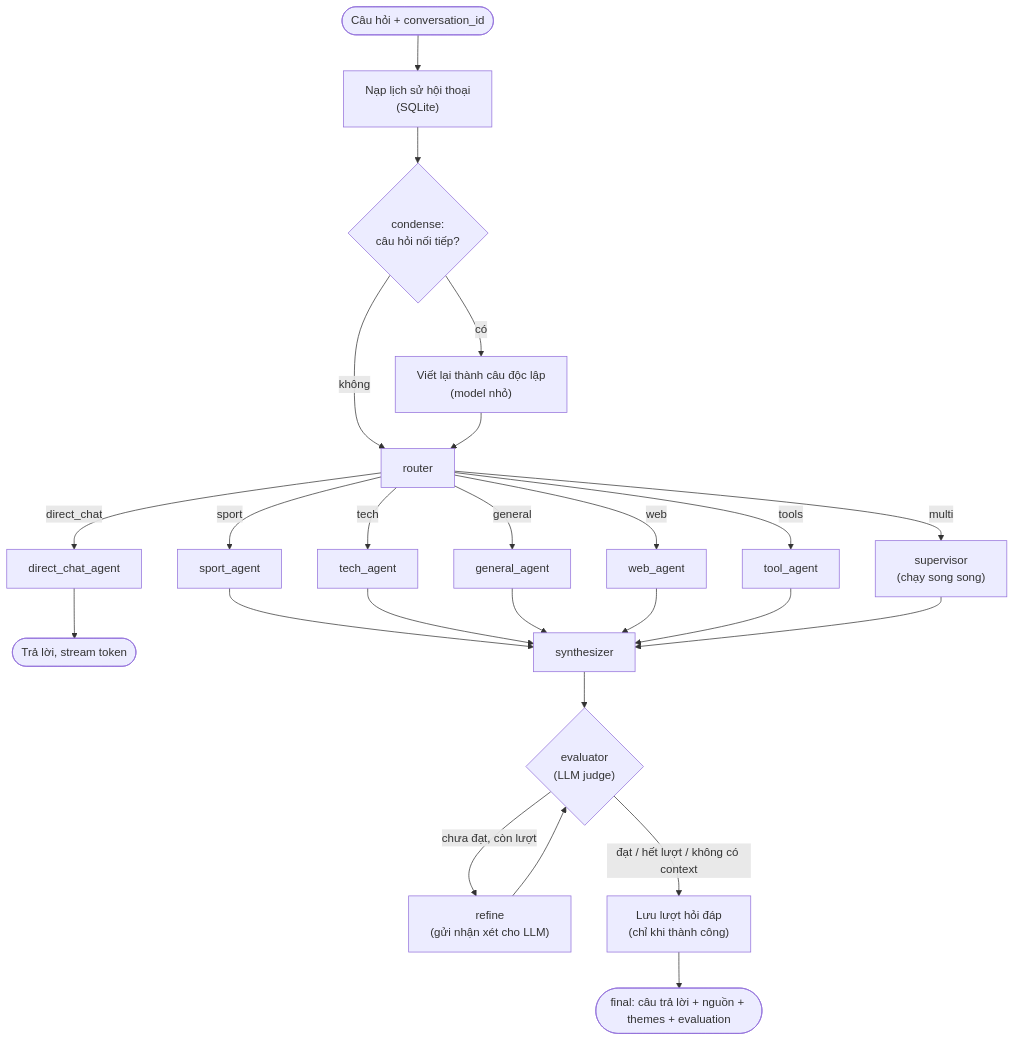
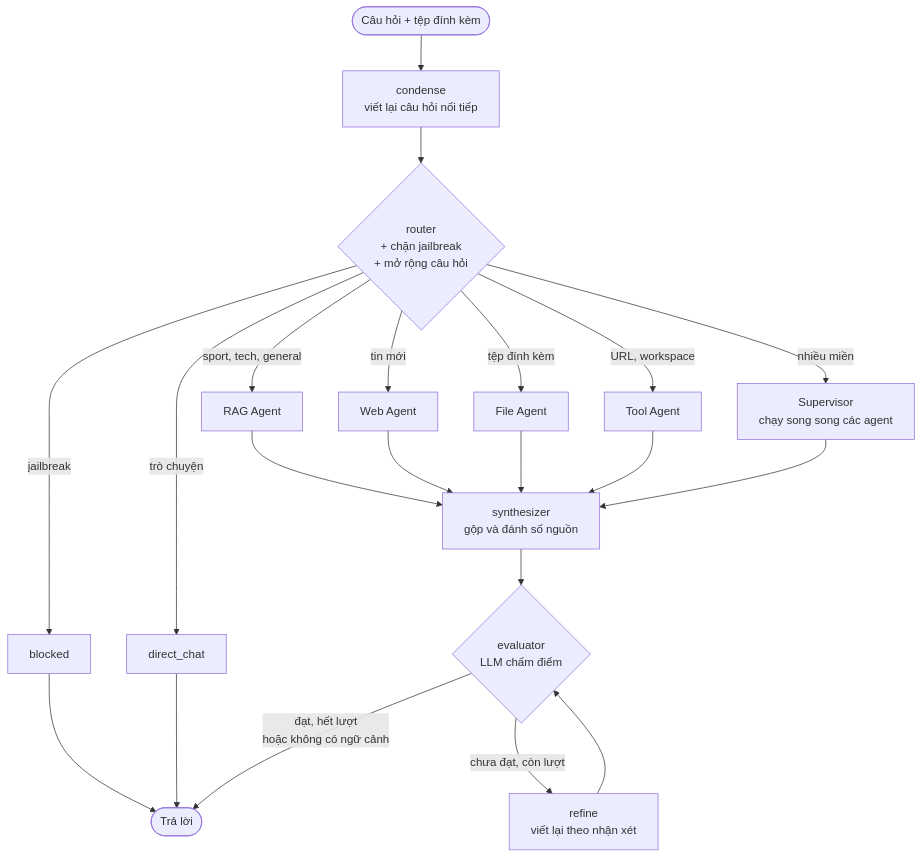
The second of 2 diagrams in README.md (hbkhanh22/Multi-RAG-Agent), drawn with Mermaid before and after one commit. The commit also changed other lines of this file and 87 other files, not shown here.

````diff
--- a/README.md
+++ b/README.md
@@ -102,21 +81,23 @@
 ```mermaid
 flowchart TD
-    START(["Câu hỏi + conversation_id"]) --> HIS["Nạp lịch sử hội thoại<br/>(SQLite)"]
-    HIS --> CON{"condense:<br/>câu hỏi nối tiếp?"}
-    CON -->|"có"| RW["Viết lại thành câu độc lập<br/>(model nhỏ)"]
-    CON -->|"không"| RT
-    RW --> RT["router"]
-    RT -->|"direct_chat"| DC["direct_chat_agent"] --> END1(["Trả lời, stream token"])
-    RT -->|"sport"| SP["sport_agent"]
-    RT -->|"tech"| TE["tech_agent"]
-    RT -->|"general"| GE["general_agent"]
-    RT -->|"web"| WE["web_agent"]
-    RT -->|"tools"| TO["tool_agent"]
-    RT -->|"multi"| SV["supervisor<br/>(chạy song song)"]
-    SP & TE & GE & WE & TO & SV --> SY["synthesizer"]
-    SY --> EV{"evaluator<br/>(LLM judge)"}
-    EV -->|"chưa đạt, còn lượt"| RF["refine<br/>(gửi nhận xét cho LLM)"]
-    RF --> EV
-    EV -->|"đạt / hết lượt / không có context"| SAVE["Lưu lượt hỏi đáp<br/>(chỉ khi thành công)"]
-    SAVE --> END2(["final: câu trả lời + nguồn + themes + evaluation"])
+    Q(["Câu hỏi + tệp đính kèm"]) --> C["condense<br/>viết lại câu hỏi nối tiếp"]
+    C --> R{"router<br/>+ chặn jailbreak<br/>+ mở rộng câu hỏi"}
+
+    R -->|"jailbreak"| B["blocked"] --> E(["Trả lời"])
+    R -->|"trò chuyện"| D["direct_chat"] --> E
+    R -->|"sport, tech, general"| RAG["RAG Agent"]
+    R -->|"tin mới"| W["Web Agent"]
+    R -->|"tệp đính kèm"| F["File Agent"]
+    R -->|"URL, workspace"| T["Tool Agent"]
+    R -->|"nhiều miền"| S["Supervisor<br/>chạy song song các agent"]
+
+    RAG --> SY["synthesizer<br/>gộp và đánh số nguồn"]
+    W --> SY
+    F --> SY
+    T --> SY
+    S --> SY
+
+    SY --> EV{"evaluator<br/>LLM chấm điểm"}
+    EV -->|"chưa đạt, còn lượt"| RF["refine<br/>viết lại theo nhận xét"] --> EV
+    EV -->|"đạt, hết lượt<br/>hoặc không có ngữ cảnh"| E
 ```
````
